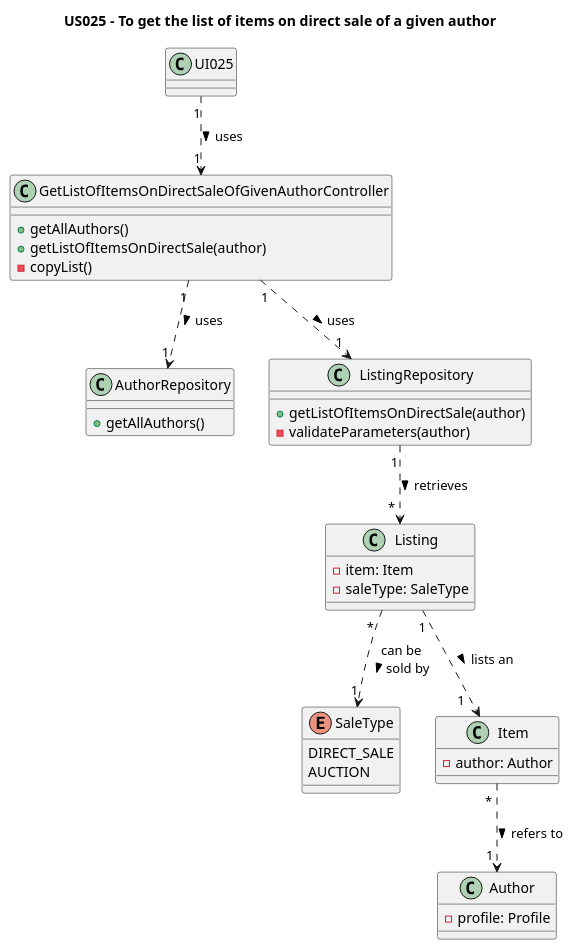
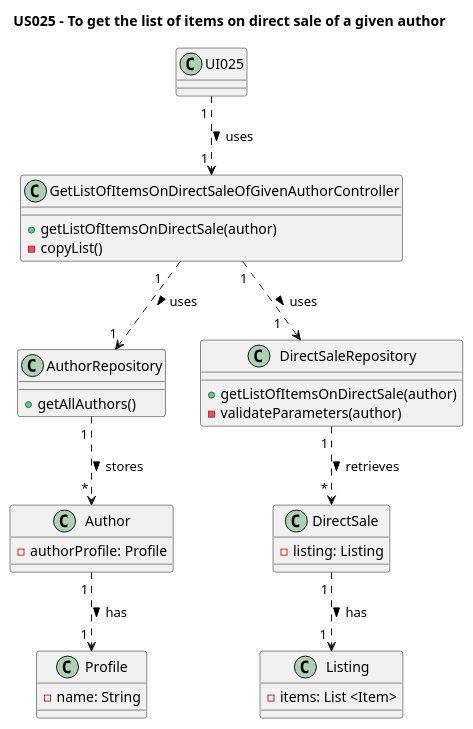
One commit to AndrePereiraGitH/SWitCH-Project-Team_A changed the diagram in Diagrams/ClassDiagrams/US025-to-get-the-list-of-items-on-direct-sale-of-a-given-author.puml. Above: the diagram before and after it, drawn with PlantUML. The commit also changed 3 other files, not shown here.

```diff
--- a/Diagrams/ClassDiagrams/US025-to-get-the-list-of-items-on-direct-sale-of-a-given-author.puml
+++ b/Diagrams/ClassDiagrams/US025-to-get-the-list-of-items-on-direct-sale-of-a-given-author.puml
@@ -1,51 +1,48 @@
 @startuml
 title US025 - To get the list of items on direct sale of a given author
 
 class UI025{
 
 }
 
 class GetListOfItemsOnDirectSaleOfGivenAuthorController {
-  +getAllAuthors()
   +getListOfItemsOnDirectSale(author)
   -copyList()
 }
 
 class AuthorRepository{
-  +getAllAuthors()
+    +getAllAuthors()
 }
 
-class ListingRepository {
+class Author {
+  -authorProfile: Profile
+}
+
+class Profile {
+  -name: String
+}
+
+class DirectSaleRepository {
   +getListOfItemsOnDirectSale(author)
   -validateParameters(author)
 }
 
-class Listing {
-  - item: Item
-  - saleType: SaleType
+class DirectSale {
+  - listing: Listing
 }
 
-enum SaleType {
-    DIRECT_SALE
-    AUCTION
-}
-
-class Item {
-    - author: Author
-}
-
-class Author {
-    - profile: Profile
+class Listing {
+  - items: List <Item>
 }
 
 ' Interactions
 
-UI025 "1" ..> "1" GetListOfItemsOnDirectSaleOfGivenAuthorController : uses >
-GetListOfItemsOnDirectSaleOfGivenAuthorController "1" ..> "1" AuthorRepository : uses >
-GetListOfItemsOnDirectSaleOfGivenAuthorController "1" ..> "1" ListingRepository : uses >
-ListingRepository "         1" ..> "                *" Listing : retrieves >
-Listing "                       *" ..> "1" SaleType : can be\nsold by >
-Listing "1" ..> "1   " Item : lists an >
-Item "             *" ..> "1 " Author : refers to >
+UI025 "1 " ..> "1 " GetListOfItemsOnDirectSaleOfGivenAuthorController : uses >
+GetListOfItemsOnDirectSaleOfGivenAuthorController  " 1" ..> "1    " DirectSaleRepository : uses >
+GetListOfItemsOnDirectSaleOfGivenAuthorController "1    " ..> "1 " AuthorRepository: uses >
+DirectSaleRepository "1 " ..> " * " DirectSale : retrieves >
+DirectSale "1 " ..> " 1 " Listing : has >
+AuthorRepository "1 " ..> "          *" Author : stores >
+Author "1 " ..> "1 " Profile : has >
 
 @enduml
```
